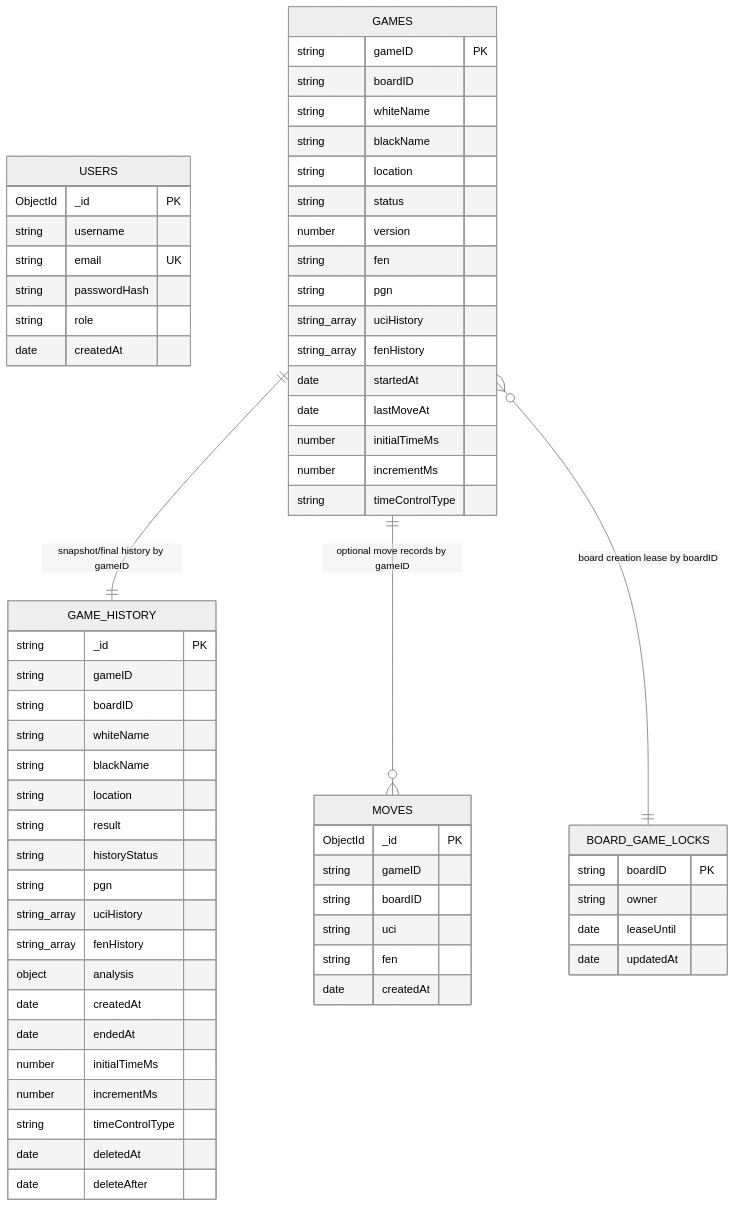
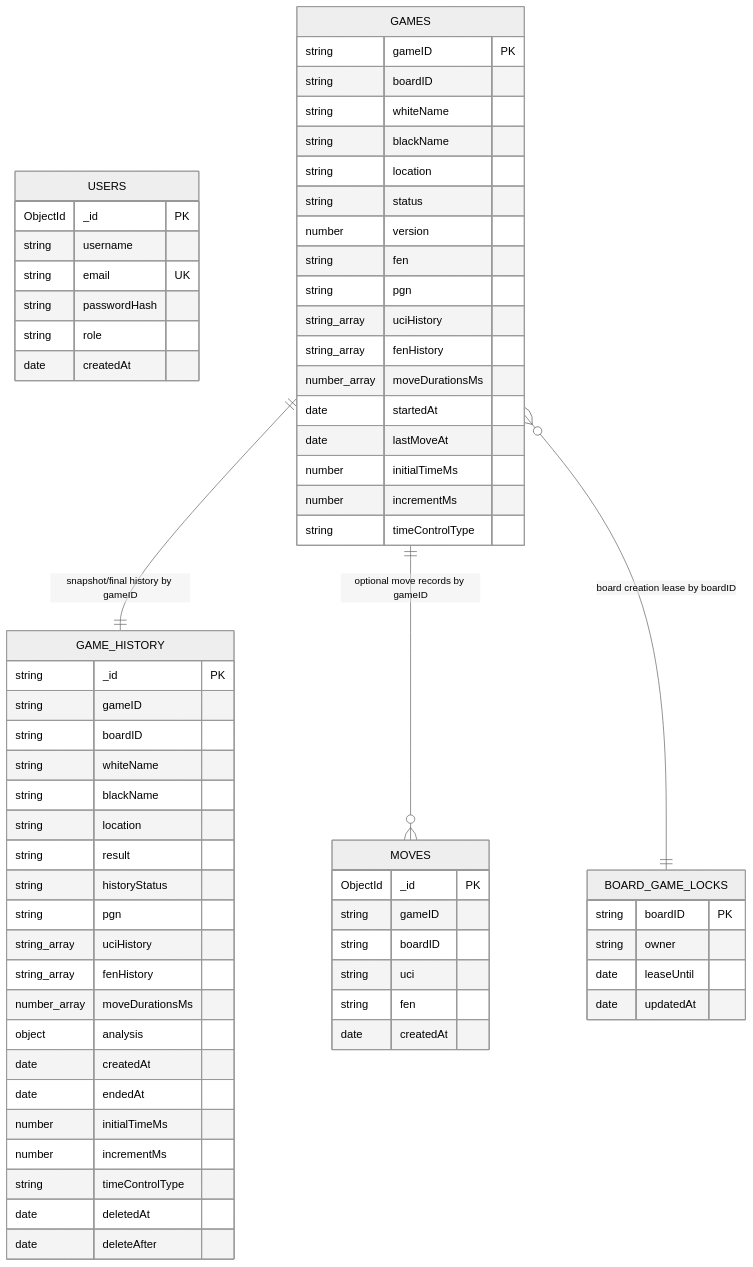
Before and after one commit to phong571737/BEChessWeb: the diagram in docs/05-database.md, drawn with Mermaid (neutral theme). The commit also changed other lines of this file and 18 other files, not shown here.

````diff
--- a/docs/05-database.md
+++ b/docs/05-database.md
@@ -30,72 +30,74 @@
 ```mermaid
 erDiagram
     USERS {
         ObjectId _id PK
         string username
         string email UK
         string passwordHash
         string role
         date createdAt
     }
 
     GAMES {
         string gameID PK
         string boardID
         string whiteName
         string blackName
         string location
         string status
         number version
         string fen
         string pgn
         string_array uciHistory
         string_array fenHistory
+        number_array moveDurationsMs
         date startedAt
         date lastMoveAt
         number initialTimeMs
         number incrementMs
         string timeControlType
     }
 
     GAME_HISTORY {
         string _id PK
         string gameID
         string boardID
         string whiteName
         string blackName
         string location
         string result
         string historyStatus
         string pgn
         string_array uciHistory
         string_array fenHistory
+        number_array moveDurationsMs
         object analysis
         date createdAt
         date endedAt
         number initialTimeMs
         number incrementMs
         string timeControlType
         date deletedAt
         date deleteAfter
     }
 
     BOARD_GAME_LOCKS {
         string boardID PK
         string owner
         date leaseUntil
         date updatedAt
     }
 
     MOVES {
         ObjectId _id PK
         string gameID
         string boardID
         string uci
         string fen
         date createdAt
     }
 
     GAMES ||--|| GAME_HISTORY : "snapshot/final history by gameID"
     GAMES ||--o{ MOVES : "optional move records by gameID"
     GAMES }o--|| BOARD_GAME_LOCKS : "board creation lease by boardID"
 ```
````
